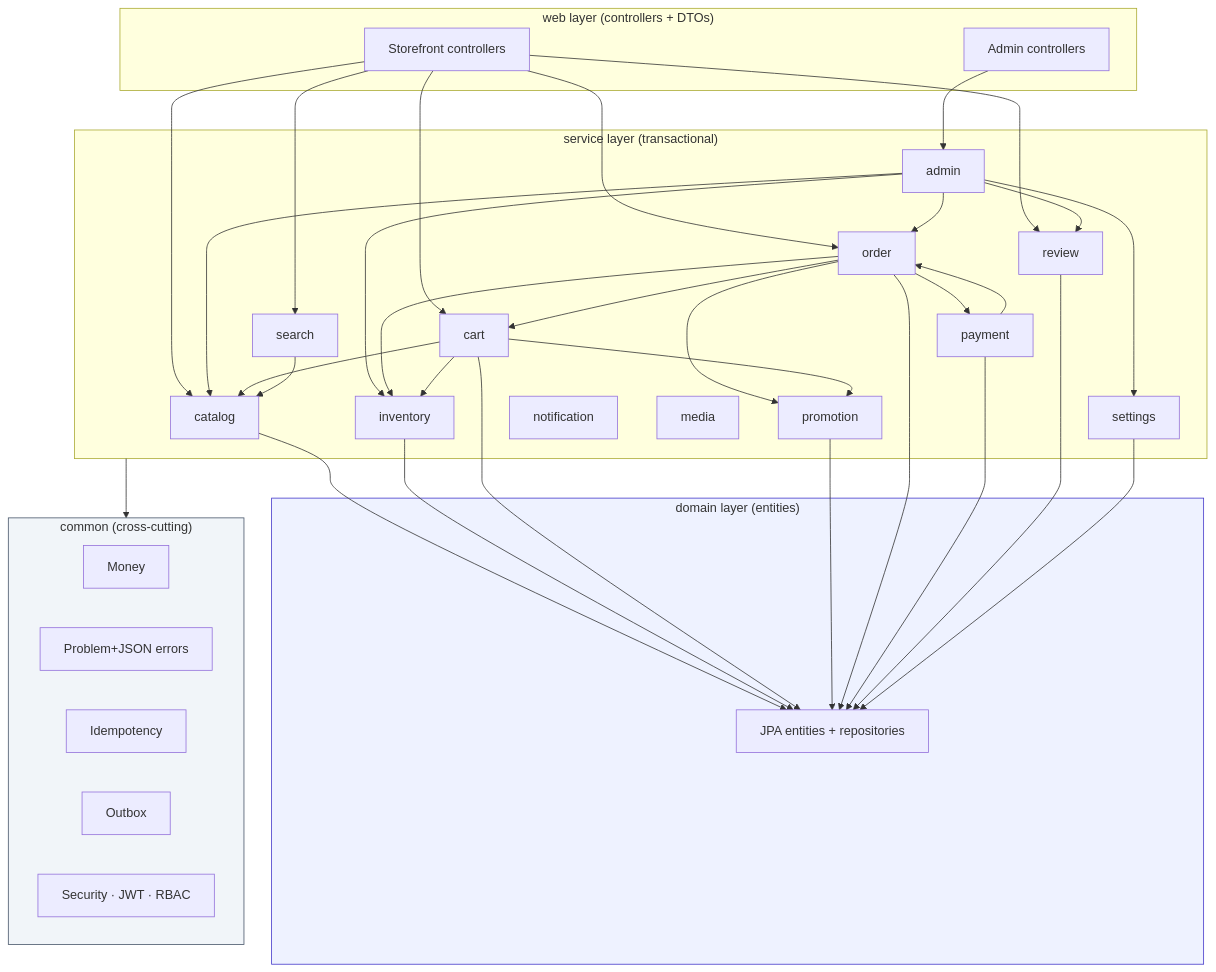
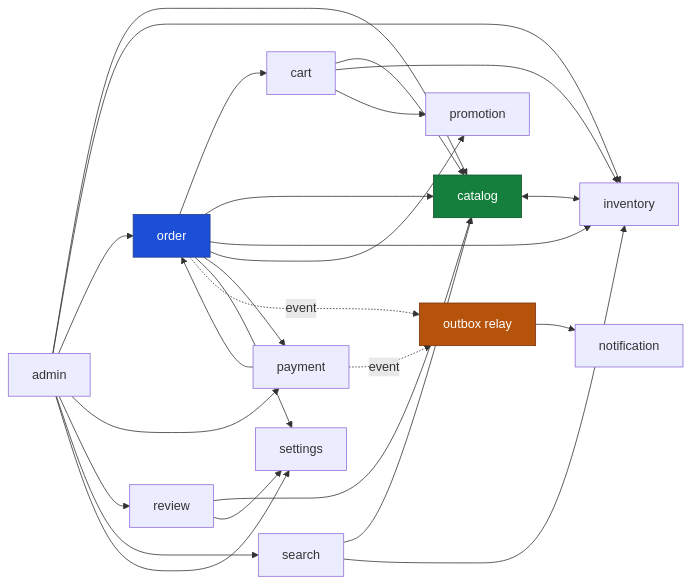
Before and after one commit to ahmedselimmansor-ctrl/Eshop-E-Comerce-NEXT.JS-Spring-Boot: the third of 18 diagrams in README.md, drawn with Mermaid. The commit also changed other lines of this file, not shown here.

````diff
--- a/README.md
+++ b/README.md
@@ -119,49 +151,49 @@
 ```mermaid
-flowchart TB
-    subgraph web ["web layer (controllers + DTOs)"]
-        WC["Storefront controllers"]
-        WA["Admin controllers"]
-    end
+flowchart LR
+    ADMIN["admin"]
+    ORDER["order"]
+    CART["cart"]
+    PAYMENT["payment"]
+    INVENTORY["inventory"]
+    PROMOTION["promotion"]
+    CATALOG["catalog"]
+    SEARCH["search"]
+    REVIEW["review"]
+    SETTINGS["settings"]
+    OUTBOX["outbox relay"]
+    NOTIFICATION["notification"]
 
-    subgraph services ["service layer (transactional)"]
-        CAT["catalog"]
-        INV["inventory"]
-        CART["cart"]
-        PROMO["promotion"]
-        ORD["order"]
-        PAY["payment"]
-        SRCH["search"]
-        REV["review"]
-        NOTIF["notification"]
-        MEDIA["media"]
-        SET["settings"]
-        ADM["admin"]
-    end
+    ADMIN --> CATALOG
+    ADMIN --> INVENTORY
+    ADMIN --> ORDER
+    ADMIN --> PAYMENT
+    ADMIN --> REVIEW
+    ADMIN --> SEARCH
+    ADMIN --> SETTINGS
 
-    subgraph domain ["domain layer (entities)"]
-        ENT["JPA entities + repositories"]
-    end
+    ORDER --> CART
+    ORDER --> CATALOG
+    ORDER --> INVENTORY
+    ORDER --> PROMOTION
+    ORDER --> PAYMENT
+    ORDER --> SETTINGS
+    PAYMENT --> ORDER
 
-    subgraph common ["common (cross-cutting)"]
-        MONEY["Money"]
-        ERR["Problem+JSON errors"]
-        IDEM["Idempotency"]
-        OUT["Outbox"]
-        SECU["Security · JWT · RBAC"]
-    end
+    CART --> CATALOG
+    CART --> INVENTORY
+    CART --> PROMOTION
 
-    WC --> CAT & CART & ORD & SRCH & REV
-    WA --> ADM
-    ADM --> CAT & INV & ORD & REV & SET
+    SEARCH --> CATALOG
+    SEARCH --> INVENTORY
+    REVIEW --> CATALOG
+    REVIEW --> SETTINGS
+    CATALOG <--> INVENTORY
 
-    ORD --> INV & PROMO & PAY & CART
-    CART --> CAT & INV & PROMO
-    PAY --> ORD
-    SRCH --> CAT
+    ORDER -. "event" .-> OUTBOX
+    PAYMENT -. "event" .-> OUTBOX
+    OUTBOX --> NOTIFICATION
 
-    CAT & INV & CART & PROMO & ORD & PAY & REV & SET --> ENT
-    services --> common
-
-    style common fill:#f1f5f9,stroke:#475569
-    style domain fill:#eef2ff,stroke:#4338ca
+    style ORDER fill:#1d4ed8,stroke:#1e3a8a,color:#ffffff
+    style CATALOG fill:#15803d,stroke:#14532d,color:#ffffff
+    style OUTBOX fill:#b45309,stroke:#78350f,color:#ffffff
 ```
````
